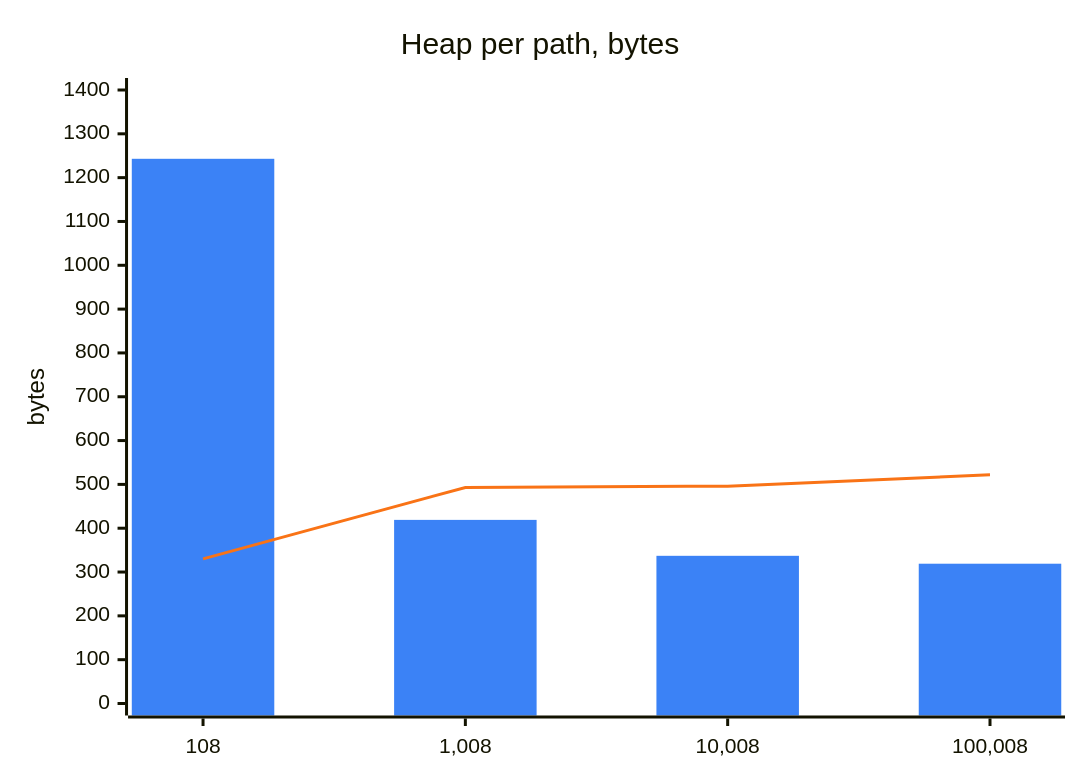
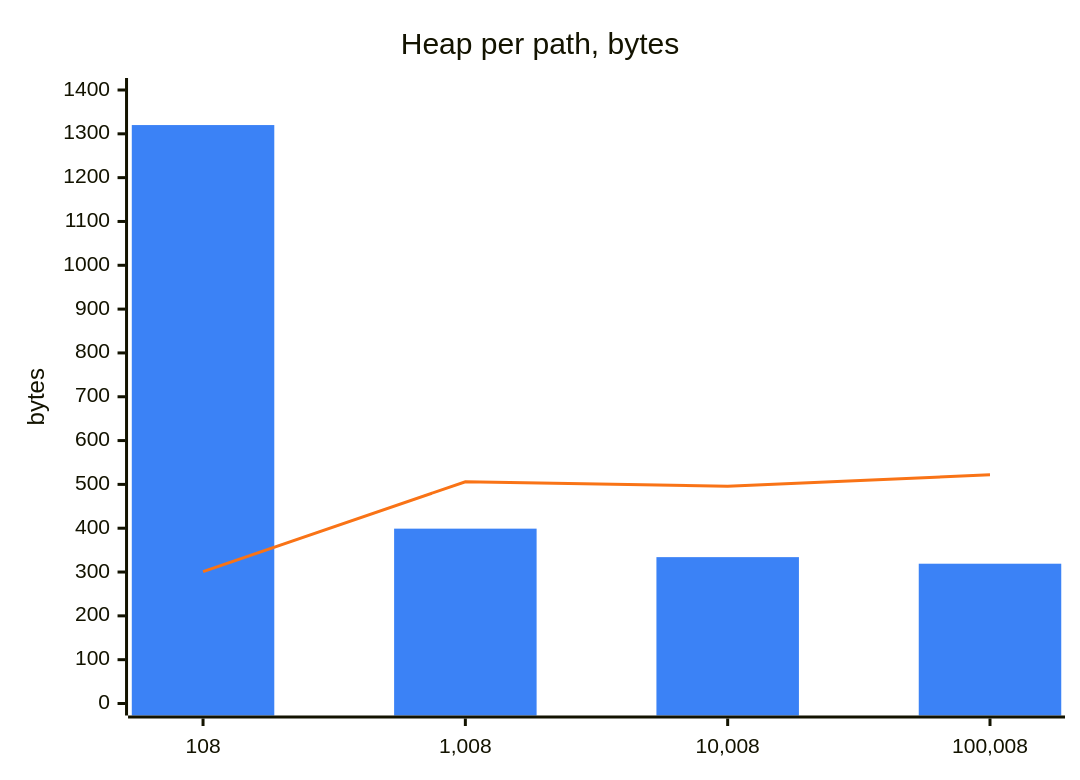
The fourth of 4 diagrams in website/src/content/docs/internal/performance.md (DyHex/POMWright), drawn with Mermaid before and after one commit. The commit also changed other lines of this file and 1 other file, not shown here.

````diff
--- a/website/src/content/docs/internal/performance.md
+++ b/website/src/content/docs/internal/performance.md
@@ -122,9 +148,9 @@
 ```mermaid
 %%{init: {"themeVariables": {"xyChart": {"plotColorPalette": "#3b82f6, #f97316"}}}}%%
 xychart-beta
   title "Heap per path, bytes"
   x-axis ["108", "1,008", "10,008", "100,008"]
   y-axis "bytes" 0 --> 1400
-  bar [1243, 419, 337, 319]
-  line [330, 493, 496, 522]
+  bar [1320, 399, 334, 319]
+  line [301, 506, 496, 522]
 ```
````
